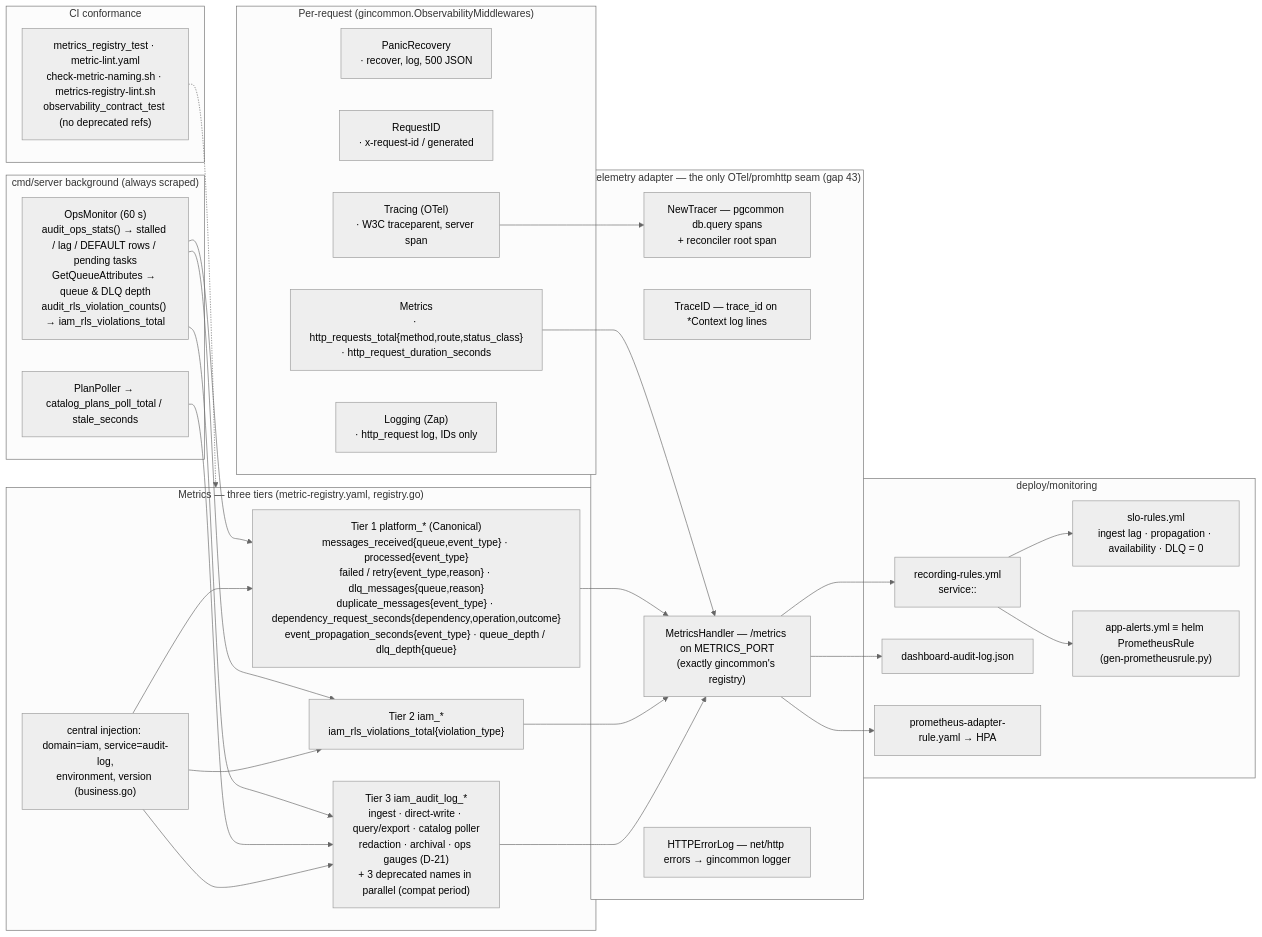
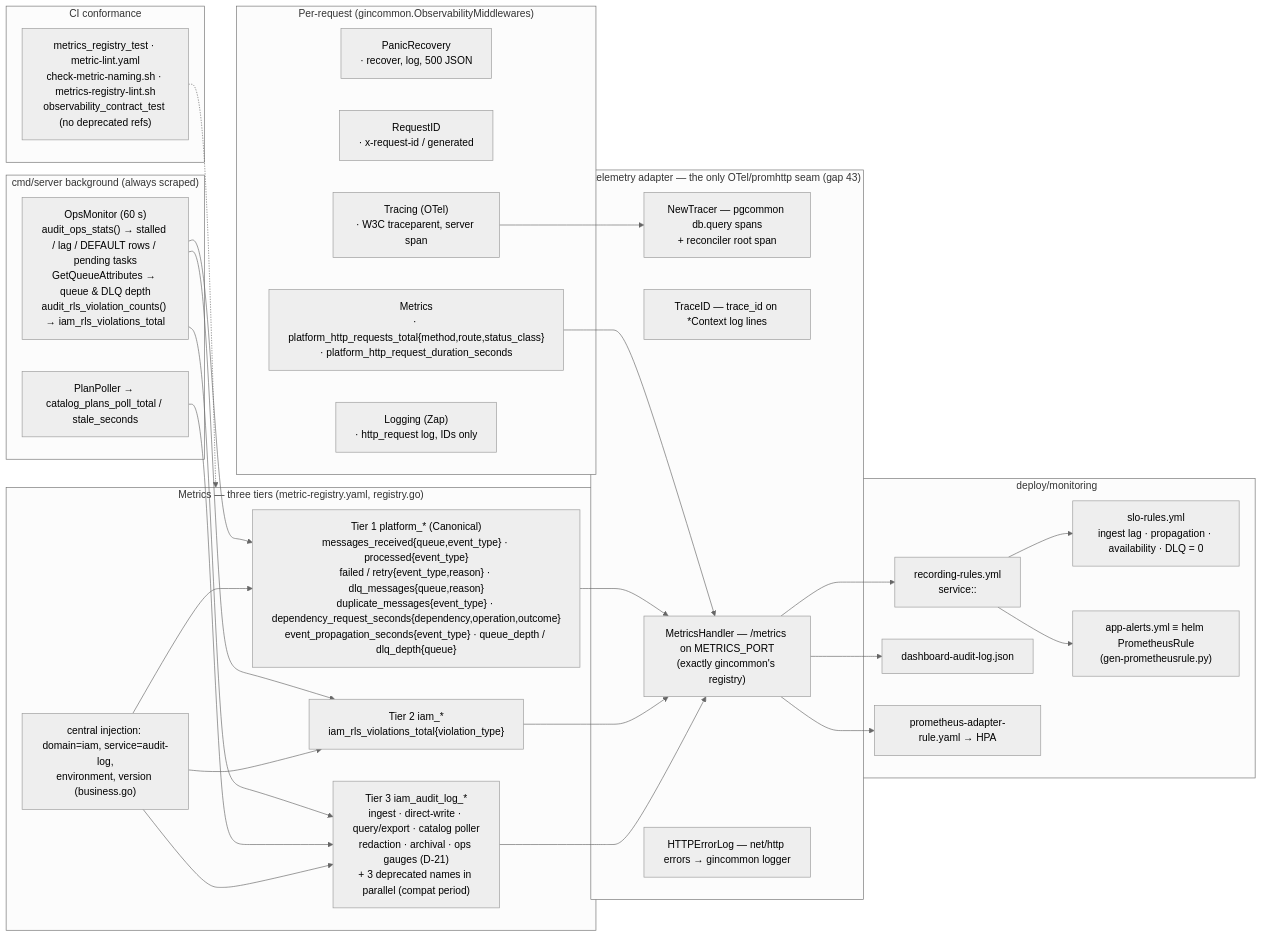
Before and after one commit to BCBP-SOLUTIONS-FZC-LLC/iam-audit-log: diagram 11 of 14 in ARCHITECTURE.md, drawn with Mermaid (neutral theme). The commit also changed other lines of this file and 85 other files, not shown here.

````diff
--- a/ARCHITECTURE.md
+++ b/ARCHITECTURE.md
@@ -641,60 +641,60 @@
 ```mermaid
 graph LR
     subgraph request["Per-request (gincommon.ObservabilityMiddlewares)"]
         panic["PanicRecovery\n· recover, log, 500 JSON"]
         reqid["RequestID\n· x-request-id / generated"]
         trace["Tracing (OTel)\n· W3C traceparent, server span"]
-        metricsmw["Metrics\n· http_requests_total{method,route,status_class}\n· http_request_duration_seconds"]
+        metricsmw["Metrics\n· platform_http_requests_total{method,route,status_class}\n· platform_http_request_duration_seconds"]
         logging["Logging (Zap)\n· http_request log, IDs only"]
     end
 
     subgraph seam["telemetry adapter — the only OTel/promhttp seam (gap 43)"]
         tracer["NewTracer — pgcommon db.query spans\n+ reconciler root span"]
         traceid["TraceID — trace_id on *Context log lines"]
         mh["MetricsHandler — /metrics on METRICS_PORT\n(exactly gincommon's registry)"]
         errlog["HTTPErrorLog — net/http errors → gincommon logger"]
     end
 
     subgraph tiers["Metrics — three tiers (metric-registry.yaml, registry.go)"]
         t1["Tier 1 platform_* (Canonical)\nmessages_received{queue,event_type} · processed{event_type}\nfailed / retry{event_type,reason} · dlq_messages{queue,reason}\nduplicate_messages{event_type} · dependency_request_seconds{dependency,operation,outcome}\nevent_propagation_seconds{event_type} · queue_depth / dlq_depth{queue}"]
         t2["Tier 2 iam_*\niam_rls_violations_total{violation_type}"]
         t3["Tier 3 iam_audit_log_*\ningest · direct-write · query/export · catalog poller\nredaction · archival · ops gauges (D-21)\n+ 3 deprecated names in parallel (compat period)"]
         inj["central injection: domain=iam, service=audit-log,\nenvironment, version (business.go)"]
     end
 
     subgraph bg["cmd/server background (always scraped)"]
         ops["OpsMonitor (60 s)\naudit_ops_stats() → stalled / lag / DEFAULT rows / pending tasks\nGetQueueAttributes → queue & DLQ depth\naudit_rls_violation_counts() → iam_rls_violations_total"]
         poller["PlanPoller → catalog_plans_poll_total / stale_seconds"]
     end
 
     subgraph rules["deploy/monitoring"]
         rec["recording-rules.yml\nservice:<metric>:<agg>"]
         slo["slo-rules.yml\ningest lag · propagation · availability · DLQ = 0"]
         alerts["app-alerts.yml ≡ helm PrometheusRule\n(gen-prometheusrule.py)"]
         dash["dashboard-audit-log.json"]
         hpa["prometheus-adapter-rule.yaml → HPA"]
     end
 
     subgraph ci["CI conformance"]
         c1["metrics_registry_test · metric-lint.yaml\ncheck-metric-naming.sh · metrics-registry-lint.sh\nobservability_contract_test (no deprecated refs)"]
     end
 
     metricsmw --> mh
     trace --> tracer
     ops --> t3
     ops --> t1
     ops --> t2
     poller --> t3
     t1 --> mh
     t2 --> mh
     t3 --> mh
     inj --> t1
     inj --> t2
     inj --> t3
     mh --> rec
     rec --> slo
     rec --> alerts
     mh --> dash
     mh --> hpa
     c1 -.-> tiers
 ```
````
